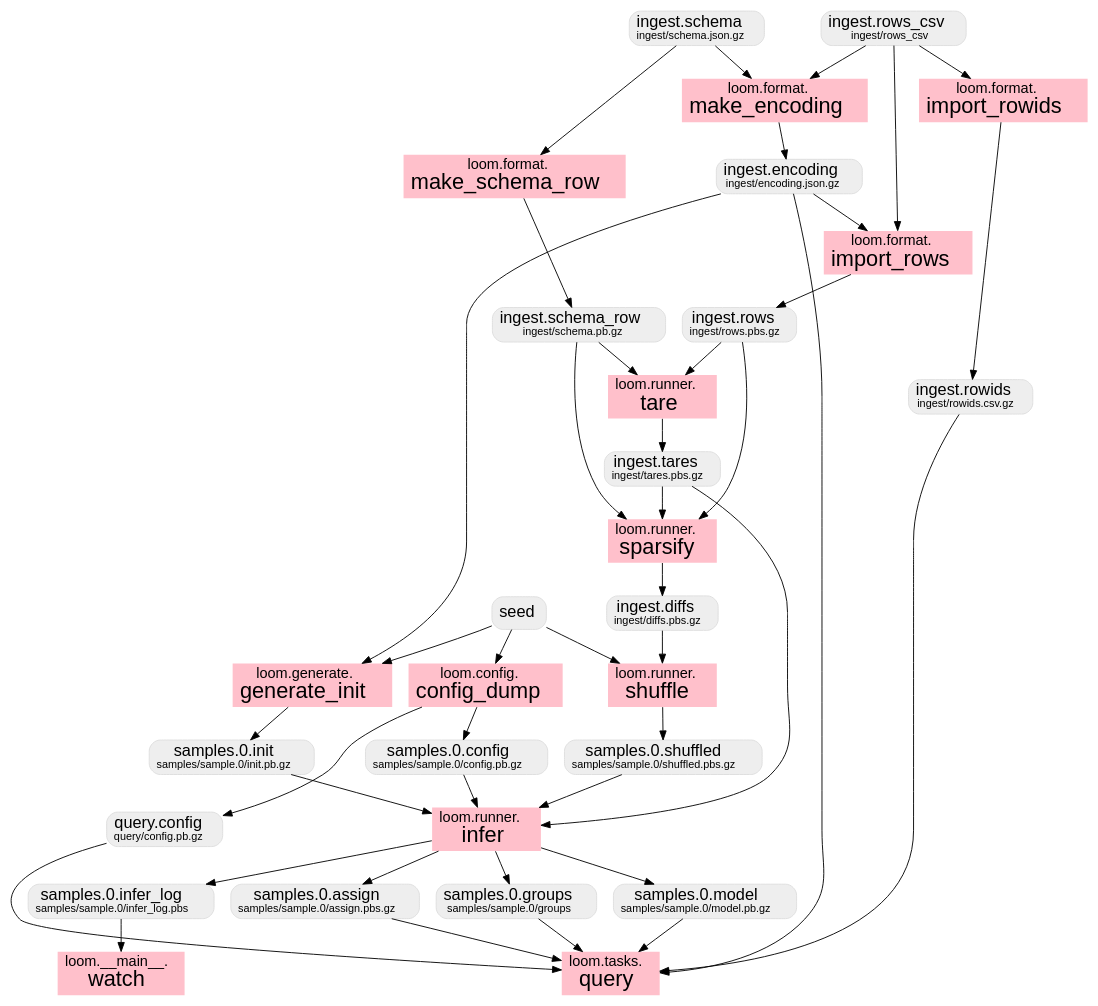
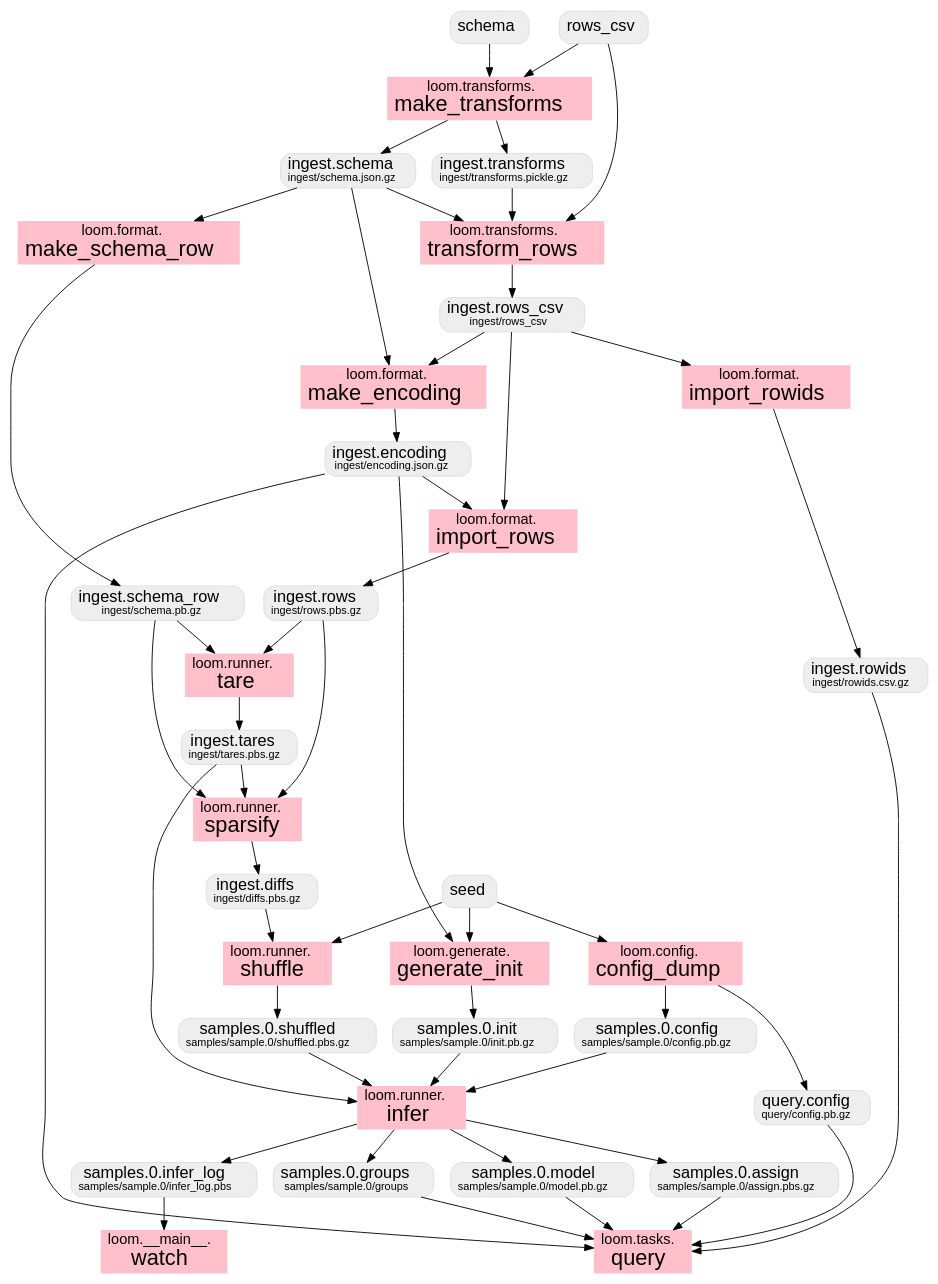
The diagram in doc/dataflow.dot (priorknowledge/loom), drawn with Graphviz before and after one commit. The commit also changed 10 other files, not shown here.

Commit message:
Refactor examples/lending_club to use loom.transforms

```diff
--- a/doc/dataflow.dot
+++ b/doc/dataflow.dot
@@ -1,94 +1,107 @@
 // this file was generated by loom/documented.py
 digraph G {
   overlap=false;
   graph [fontname = "helvetica"];
   node [fontname = "helvetica"];
   edge [fontname = "helvetica"];
 
   // data
   {
     node [
       shape=Mrecord,
       style="filled",
       color="#dddddd",
       fillcolor="#eeeeee"
     ];
     ingest_diffs [label=<<FONT POINT-SIZE="18">ingest.diffs</FONT><BR/><FONT POINT-SIZE="12">ingest/diffs.pbs.gz</FONT>>];
     ingest_encoding [label=<<FONT POINT-SIZE="18">ingest.encoding</FONT><BR/><FONT POINT-SIZE="12">ingest/encoding.json.gz</FONT>>];
     ingest_rowids [label=<<FONT POINT-SIZE="18">ingest.rowids</FONT><BR/><FONT POINT-SIZE="12">ingest/rowids.csv.gz</FONT>>];
     ingest_rows [label=<<FONT POINT-SIZE="18">ingest.rows</FONT><BR/><FONT POINT-SIZE="12">ingest/rows.pbs.gz</FONT>>];
     ingest_rows_csv [label=<<FONT POINT-SIZE="18">ingest.rows_csv</FONT><BR/><FONT POINT-SIZE="12">ingest/rows_csv</FONT>>];
     ingest_schema [label=<<FONT POINT-SIZE="18">ingest.schema</FONT><BR/><FONT POINT-SIZE="12">ingest/schema.json.gz</FONT>>];
     ingest_schema_row [label=<<FONT POINT-SIZE="18">ingest.schema_row</FONT><BR/><FONT POINT-SIZE="12">ingest/schema.pb.gz</FONT>>];
     ingest_tares [label=<<FONT POINT-SIZE="18">ingest.tares</FONT><BR/><FONT POINT-SIZE="12">ingest/tares.pbs.gz</FONT>>];
+    ingest_transforms [label=<<FONT POINT-SIZE="18">ingest.transforms</FONT><BR/><FONT POINT-SIZE="12">ingest/transforms.pickle.gz</FONT>>];
     query_config [label=<<FONT POINT-SIZE="18">query.config</FONT><BR/><FONT POINT-SIZE="12">query/config.pb.gz</FONT>>];
+    rows_csv [label=<<FONT POINT-SIZE="18">rows_csv</FONT>>];
     samples_0_assign [label=<<FONT POINT-SIZE="18">samples.0.assign</FONT><BR/><FONT POINT-SIZE="12">samples/sample.0/assign.pbs.gz</FONT>>];
     samples_0_config [label=<<FONT POINT-SIZE="18">samples.0.config</FONT><BR/><FONT POINT-SIZE="12">samples/sample.0/config.pb.gz</FONT>>];
     samples_0_groups [label=<<FONT POINT-SIZE="18">samples.0.groups</FONT><BR/><FONT POINT-SIZE="12">samples/sample.0/groups</FONT>>];
     samples_0_infer_log [label=<<FONT POINT-SIZE="18">samples.0.infer_log</FONT><BR/><FONT POINT-SIZE="12">samples/sample.0/infer_log.pbs</FONT>>];
     samples_0_init [label=<<FONT POINT-SIZE="18">samples.0.init</FONT><BR/><FONT POINT-SIZE="12">samples/sample.0/init.pb.gz</FONT>>];
     samples_0_model [label=<<FONT POINT-SIZE="18">samples.0.model</FONT><BR/><FONT POINT-SIZE="12">samples/sample.0/model.pb.gz</FONT>>];
     samples_0_shuffled [label=<<FONT POINT-SIZE="18">samples.0.shuffled</FONT><BR/><FONT POINT-SIZE="12">samples/sample.0/shuffled.pbs.gz</FONT>>];
+    schema [label=<<FONT POINT-SIZE="18">schema</FONT>>];
     seed [label=<<FONT POINT-SIZE="18">seed</FONT>>];
   }
 
   // transforms
   {
     node [shape=box, style="filled,setlinewidth(0)"];
 
     watch [label=<<FONT POINT-SIZE="16">loom.__main__.</FONT><BR/><FONT POINT-SIZE="24">watch</FONT>>, fillcolor=pink];
     config_dump [label=<<FONT POINT-SIZE="16">loom.config.</FONT><BR/><FONT POINT-SIZE="24">config_dump</FONT>>, fillcolor=pink];
     import_rowids [label=<<FONT POINT-SIZE="16">loom.format.</FONT><BR/><FONT POINT-SIZE="24">import_rowids</FONT>>, fillcolor=pink];
     import_rows [label=<<FONT POINT-SIZE="16">loom.format.</FONT><BR/><FONT POINT-SIZE="24">import_rows</FONT>>, fillcolor=pink];
     make_encoding [label=<<FONT POINT-SIZE="16">loom.format.</FONT><BR/><FONT POINT-SIZE="24">make_encoding</FONT>>, fillcolor=pink];
     make_schema_row [label=<<FONT POINT-SIZE="16">loom.format.</FONT><BR/><FONT POINT-SIZE="24">make_schema_row</FONT>>, fillcolor=pink];
     generate_init [label=<<FONT POINT-SIZE="16">loom.generate.</FONT><BR/><FONT POINT-SIZE="24">generate_init</FONT>>, fillcolor=pink];
     infer [label=<<FONT POINT-SIZE="16">loom.runner.</FONT><BR/><FONT POINT-SIZE="24">infer</FONT>>, fillcolor=pink];
     shuffle [label=<<FONT POINT-SIZE="16">loom.runner.</FONT><BR/><FONT POINT-SIZE="24">shuffle</FONT>>, fillcolor=pink];
     sparsify [label=<<FONT POINT-SIZE="16">loom.runner.</FONT><BR/><FONT POINT-SIZE="24">sparsify</FONT>>, fillcolor=pink];
     tare [label=<<FONT POINT-SIZE="16">loom.runner.</FONT><BR/><FONT POINT-SIZE="24">tare</FONT>>, fillcolor=pink];
     query [label=<<FONT POINT-SIZE="16">loom.tasks.</FONT><BR/><FONT POINT-SIZE="24">query</FONT>>, fillcolor=pink];
+    make_transforms [label=<<FONT POINT-SIZE="16">loom.transforms.</FONT><BR/><FONT POINT-SIZE="24">make_transforms</FONT>>, fillcolor=pink];
+    transform_rows [label=<<FONT POINT-SIZE="16">loom.transforms.</FONT><BR/><FONT POINT-SIZE="24">transform_rows</FONT>>, fillcolor=pink];
 
     samples_0_infer_log -> watch [weight=1.0];
     seed -> config_dump [weight=1.0];
     config_dump -> samples_0_config [weight=1.0];
     config_dump -> query_config [weight=1.0];
     ingest_rows_csv -> import_rowids [weight=1.0];
     import_rowids -> ingest_rowids [weight=1.0];
     ingest_encoding -> import_rows [weight=1.0];
     ingest_rows_csv -> import_rows [weight=1.0];
     import_rows -> ingest_rows [weight=1.0];
     ingest_schema -> make_encoding [weight=1.0];
     ingest_rows_csv -> make_encoding [weight=1.0];
     make_encoding -> ingest_encoding [weight=1.0];
     ingest_schema -> make_schema_row [weight=1.0];
     make_schema_row -> ingest_schema_row [weight=1.0];
     ingest_encoding -> generate_init [weight=1.0];
     seed -> generate_init [weight=1.0];
     generate_init -> samples_0_init [weight=1.0];
     samples_0_config -> infer [weight=1.0];
     samples_0_shuffled -> infer [weight=1.0];
     ingest_tares -> infer [weight=1.0];
     samples_0_init -> infer [weight=1.0];
     infer -> samples_0_model [weight=1.0];
     infer -> samples_0_groups [weight=1.0];
     infer -> samples_0_assign [weight=1.0];
     infer -> samples_0_infer_log [weight=1.0];
     ingest_diffs -> shuffle [weight=1.0];
     seed -> shuffle [weight=1.0];
     shuffle -> samples_0_shuffled [weight=1.0];
     ingest_schema_row -> sparsify [weight=1.0];
     ingest_tares -> sparsify [weight=1.0];
     ingest_rows -> sparsify [weight=1.0];
     sparsify -> ingest_diffs [weight=1.0];
     ingest_schema_row -> tare [weight=1.0];
     ingest_rows -> tare [weight=1.0];
     tare -> ingest_tares [weight=1.0];
     ingest_encoding -> query [weight=1.0];
     ingest_rowids -> query [weight=1.0];
     query_config -> query [weight=1.0];
     samples_0_model -> query [weight=1.0];
     samples_0_groups -> query [weight=1.0];
     samples_0_assign -> query [weight=1.0];
+    schema -> make_transforms [weight=1.0];
+    rows_csv -> make_transforms [weight=1.0];
+    make_transforms -> ingest_schema [weight=1.0];
+    make_transforms -> ingest_transforms [weight=1.0];
+    ingest_schema -> transform_rows [weight=1.0];
+    ingest_transforms -> transform_rows [weight=1.0];
+    rows_csv -> transform_rows [weight=1.0];
+    transform_rows -> ingest_rows_csv [weight=1.0];
   }
 }
```
